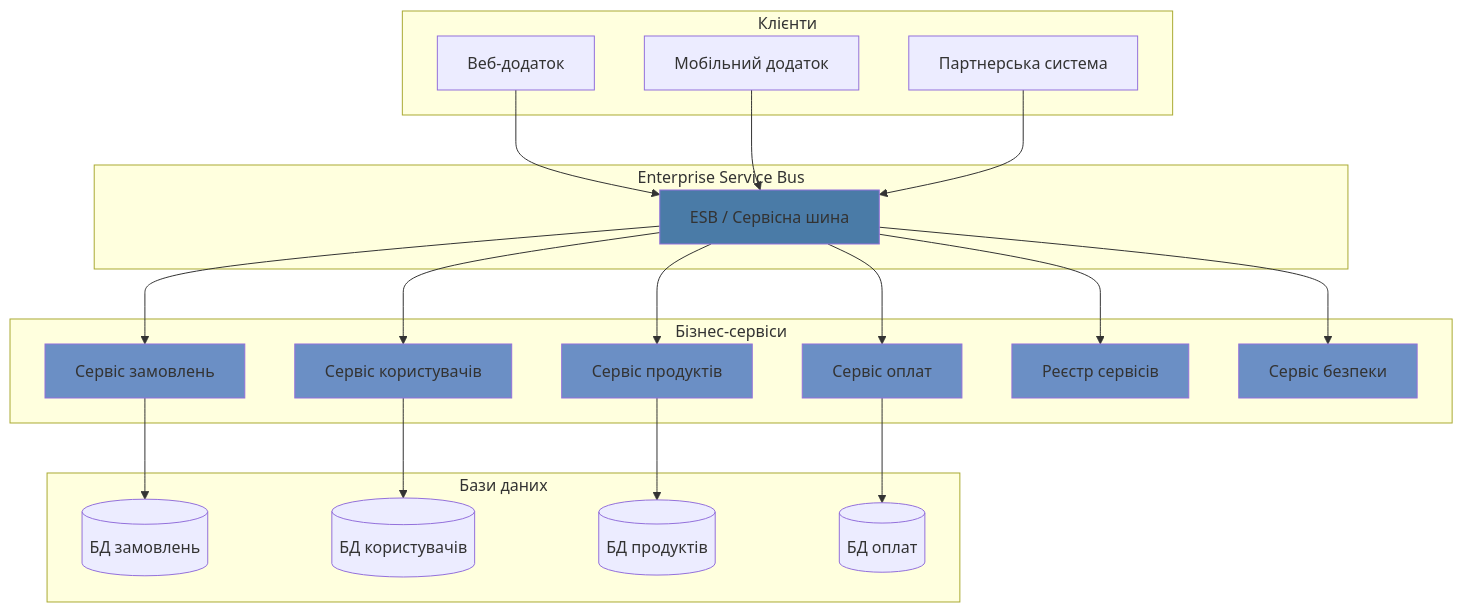
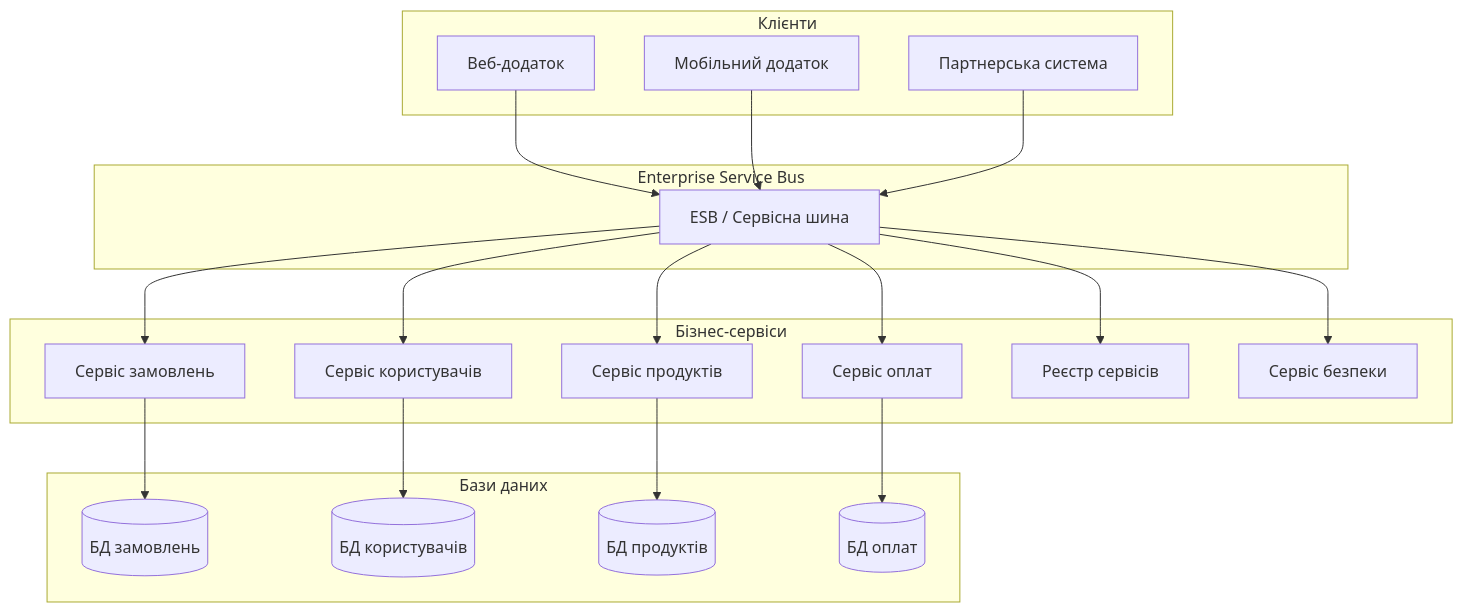
Before and after one commit to olroi421/cvk-kpi: the sixth of 15 diagrams in docs/pages/pres.md, drawn with Mermaid. The commit also changed other lines of this file, not shown here.

````diff
--- a/docs/pages/pres.md
+++ b/docs/pages/pres.md
@@ -272,52 +244,45 @@
 ```mermaid
 graph TD
     subgraph "Клієнти"
         A[Веб-додаток]
         B[Мобільний додаток]
         C[Партнерська система]
     end
 
     subgraph "Enterprise Service Bus"
         D[ESB / Сервісна шина]
     end
 
     subgraph "Бізнес-сервіси"
         E[Сервіс замовлень]
         F[Сервіс користувачів]
         G[Сервіс продуктів]
         H[Сервіс оплат]
         I[Реєстр сервісів]
         J[Сервіс безпеки]
     end
 
     subgraph "Бази даних"
         K[(БД замовлень)]
         L[(БД користувачів)]
         M[(БД продуктів)]
         N[(БД оплат)]
     end
 
     A --> D
     B --> D
     C --> D
 
     D --> E
     D --> F
     D --> G
     D --> H
     D --> I
     D --> J
 
     E --> K
     F --> L
     G --> M
     H --> N
 
-    style D fill:#4A7BA7
-    style E fill:#6B8FC5
-    style F fill:#6B8FC5
-    style G fill:#6B8FC5
-    style H fill:#6B8FC5
-    style I fill:#6B8FC5
-    style J fill:#6B8FC5
 ```
````
